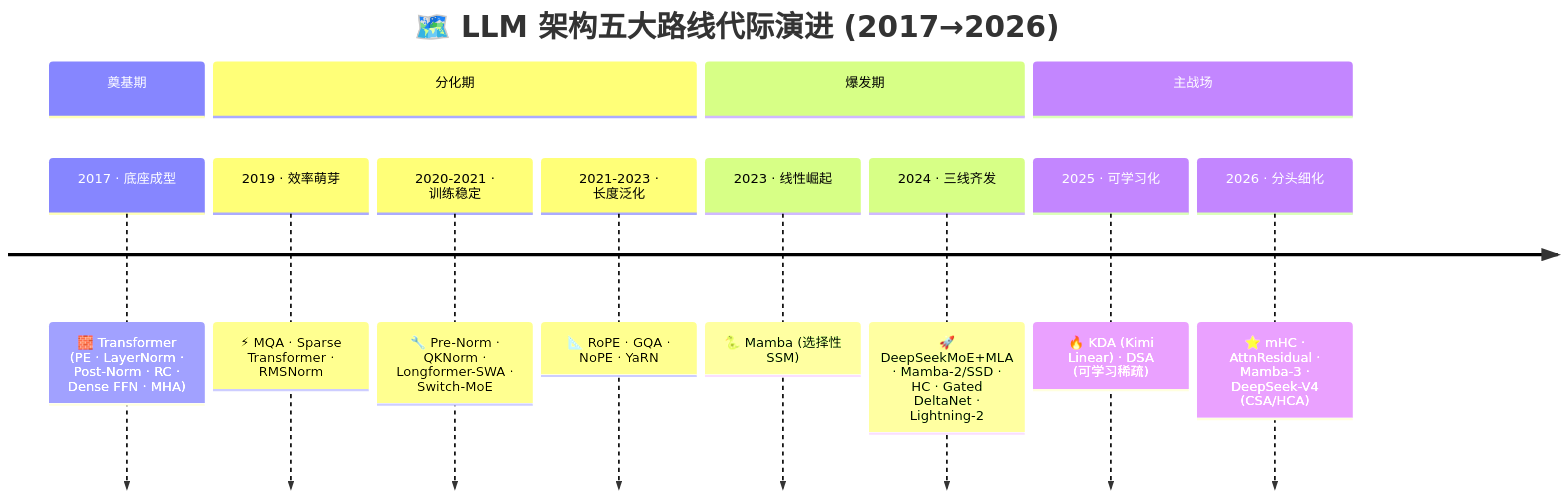
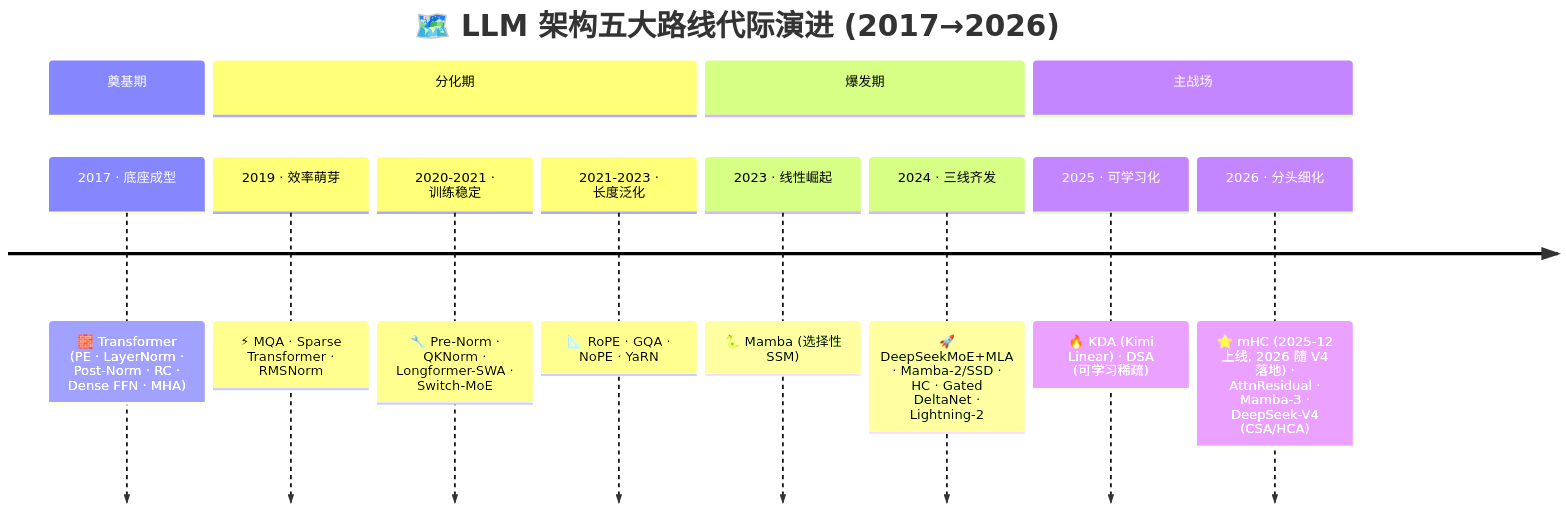
Before and after one commit to xiongfree/mywiki: the first of 3 diagrams in llm_arch_evolution.md, drawn with Mermaid. The commit also changed other lines of this file, not shown here.

````diff
--- a/llm_arch_evolution.md
+++ b/llm_arch_evolution.md
@@ -211,16 +213,16 @@
 ```mermaid
 timeline
     title 🗺️ LLM 架构五大路线代际演进 (2017→2026)
     section 奠基期
         2017 · 底座成型 : 🧱 Transformer (PE · LayerNorm · Post-Norm · RC · Dense FFN · MHA)
     section 分化期
         2019 · 效率萌芽 : ⚡ MQA · Sparse Transformer · RMSNorm
         2020-2021 · 训练稳定 : 🔧 Pre-Norm · QKNorm · Longformer-SWA · Switch-MoE
         2021-2023 · 长度泛化 : 📐 RoPE · GQA · NoPE · YaRN
     section 爆发期
         2023 · 线性崛起 : 🐍 Mamba (选择性 SSM)
         2024 · 三线齐发 : 🚀 DeepSeekMoE+MLA · Mamba-2/SSD · HC · Gated DeltaNet · Lightning-2
     section 主战场
         2025 · 可学习化 : 🔥 KDA (Kimi Linear) · DSA (可学习稀疏)
-        2026 · 分头细化 : ⭐ mHC · AttnResidual · Mamba-3 · DeepSeek-V4 (CSA/HCA)
+        2026 · 分头细化 : ⭐ mHC (2025-12 上线, 2026 随 V4 落地) · AttnResidual · Mamba-3 · DeepSeek-V4 (CSA/HCA)
 ```
````
